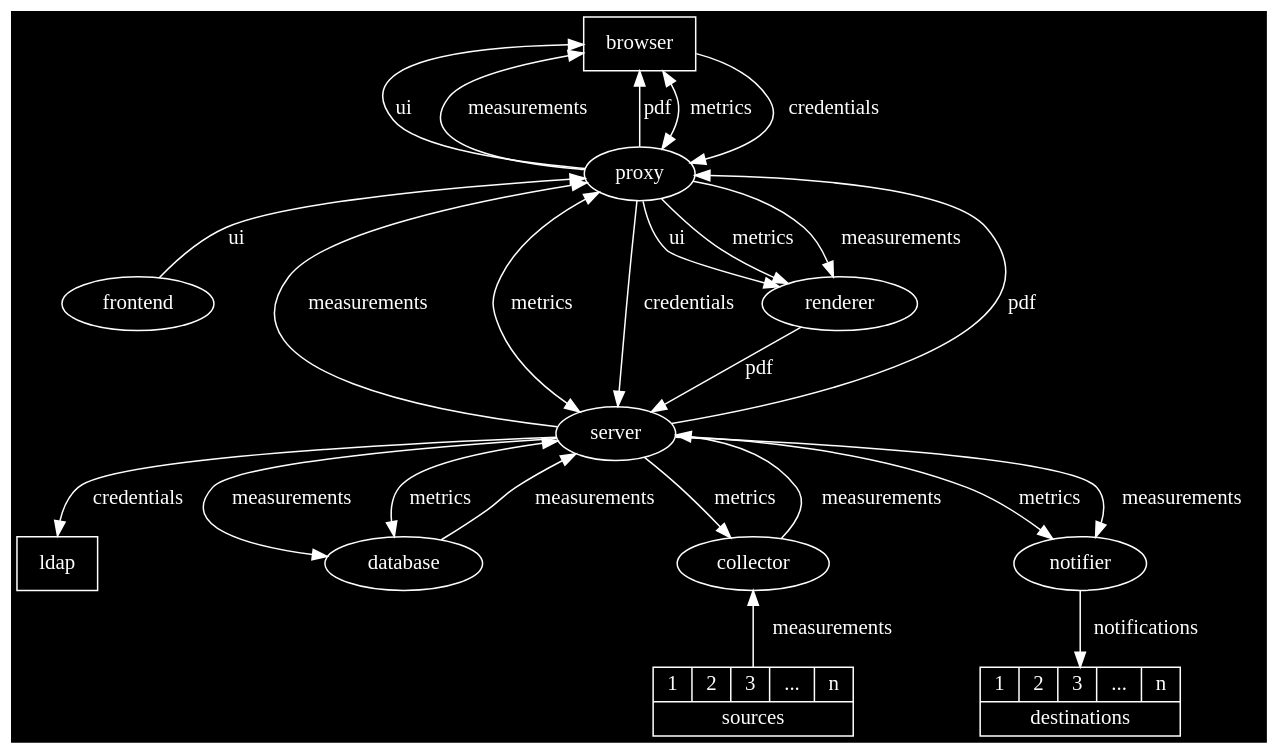
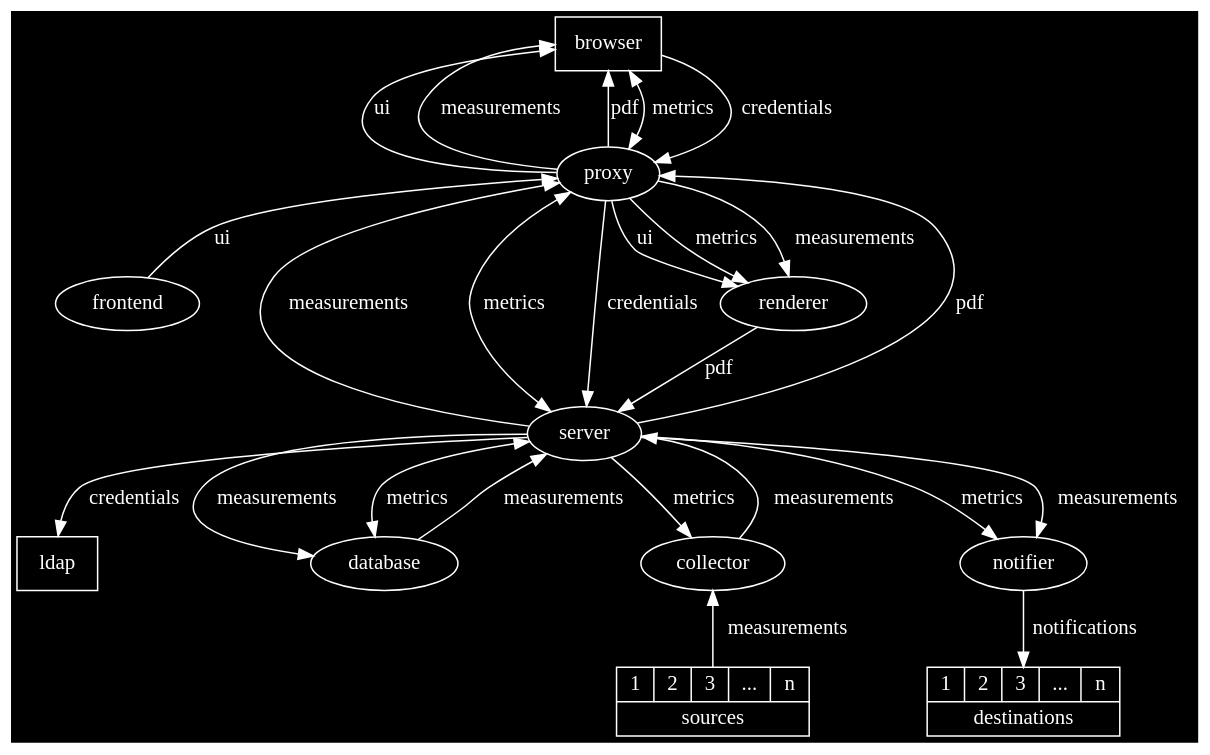
The diagram in docs/src/components-dark.dot (ICTU/quality-time), drawn with Graphviz before and after one commit. The commit also changed 1 other file, not shown here.

```diff
--- a/docs/src/components-dark.dot
+++ b/docs/src/components-dark.dot
@@ -1,39 +1,33 @@
 digraph {
-  graph [bgcolor=transparant]
-  browser [shape=rectangle, color=white, fontcolor=white]
-  ldap [shape=rectangle, color=white, fontcolor=white]
-  proxy [color=white, fontcolor=white]
-  frontend [color=white, fontcolor=white]
-  server [color=white, fontcolor=white]
-  database [color=white, fontcolor=white]
-  collector [color=white, fontcolor=white]
-  notifier [color=white, fontcolor=white]
-  renderer [color=white, fontcolor=white]
-  source [color=white, fontcolor=white]
-  browser -> proxy [label=ui, dir="back", color=white, fontcolor=white]
-  browser -> proxy [label=measurements, dir="back", color=white, fontcolor=white]
-  browser -> proxy [label=pdf, dir="back", color=white, fontcolor=white]
-  browser -> proxy [label=metrics, dir="both", color=white, fontcolor=white]
-  proxy -> frontend [label=ui, dir="back", color=white, fontcolor=white]
-  proxy -> server [label=measurements, dir="back", color=white, fontcolor=white]
-  proxy -> server [label=metrics, dir="both", color=white, fontcolor=white]
-  server -> database [label=measurements, color=white, fontcolor=white]
-  database -> server [label=measurements, color=white, fontcolor=white]
-  server -> database [label=metrics, dir="both", color=white, fontcolor=white]
-  collector -> server [label=measurements, color=white, fontcolor=white]
-  server -> collector [label=metrics, color=white, fontcolor=white]
-  collector -> source [label=measurements, dir="back", color=white, fontcolor=white]
-  server -> notifier [label=metrics, color=white, fontcolor=white]
-  server -> notifier [label=measurements, color=white, fontcolor=white]
-  notifier -> destination [label=notifications, color=white, fontcolor=white]
-  proxy -> renderer [label=ui, color=white, fontcolor=white]
-  proxy -> renderer [label=metrics, color=white, fontcolor=white]
-  proxy -> renderer [label=measurements, color=white, fontcolor=white]
-  renderer -> server [label=pdf, color=white, fontcolor=white]
-  server -> proxy [label=pdf, color=white, fontcolor=white]
-  browser -> proxy [label=credentials, color=white, fontcolor=white]
-  proxy -> server [label=credentials, color=white, fontcolor=white]
-  server -> ldap [label=credentials, color=white, fontcolor=white]
-  source [label="{{1|2|3|...|n}|sources}" shape=record, color=white, fontcolor=white]
-  destination [label="{{1|2|3|...|n}|destinations}" shape=record, color=white, fontcolor=white]
+  graph [bgcolor=transparant, fontname="SFMono-Regular"]
+  node [color=white, fontcolor=white, fontname="SFMono-Regular"]
+  edge [color=white, fontcolor=white, fontname="SFMono-Regular"]
+  browser [shape=rectangle]
+  ldap [shape=rectangle]
+  browser -> proxy [label=ui, dir="back"]
+  browser -> proxy [label=measurements, dir="back"]
+  browser -> proxy [label=pdf, dir="back"]
+  browser -> proxy [label=metrics, dir="both"]
+  proxy -> frontend [label=ui, dir="back"]
+  proxy -> server [label=measurements, dir="back"]
+  proxy -> server [label=metrics, dir="both"]
+  server -> database [label=measurements]
+  database -> server [label=measurements]
+  server -> database [label=metrics, dir="both"]
+  collector -> server [label=measurements]
+  server -> collector [label=metrics]
+  collector -> source [label=measurements, dir="back"]
+  server -> notifier [label=metrics]
+  server -> notifier [label=measurements]
+  notifier -> destination [label=notifications]
+  proxy -> renderer [label=ui]
+  proxy -> renderer [label=metrics]
+  proxy -> renderer [label=measurements]
+  renderer -> server [label=pdf]
+  server -> proxy [label=pdf]
+  browser -> proxy [label=credentials]
+  proxy -> server [label=credentials]
+  server -> ldap [label=credentials]
+  source [label="{{1|2|3|...|n}|sources}" shape=record]
+  destination [label="{{1|2|3|...|n}|destinations}" shape=record]
 }
```
